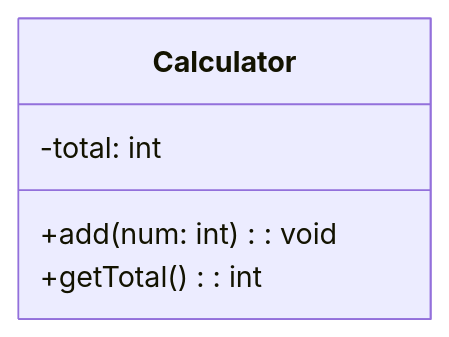
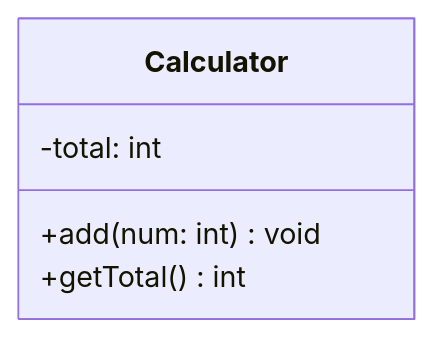
Before and after one commit to kanjiz/java-training-design-docs: the diagram in docs/guidelines/implementation/common/diagrams/introduction-to-class-diagram.md, drawn with Mermaid. The commit also changed 1 other file, not shown here.

Commit message:
Fix method return type notation in class diagram docs
- Update method notation format to match mermaid's actual syntax
- Remove unnecessary colon before return type in examples
- Affect both introduction and reading guide documents

````diff
--- a/docs/guidelines/implementation/common/diagrams/introduction-to-class-diagram.md
+++ b/docs/guidelines/implementation/common/diagrams/introduction-to-class-diagram.md
@@ -46,8 +46,8 @@
 ```mermaid
 classDiagram
     class Calculator {
         -total: int
-        +add(num: int): void
-        +getTotal(): int
+        +add(num: int) void
+        +getTotal() int
     }
 ```
````
